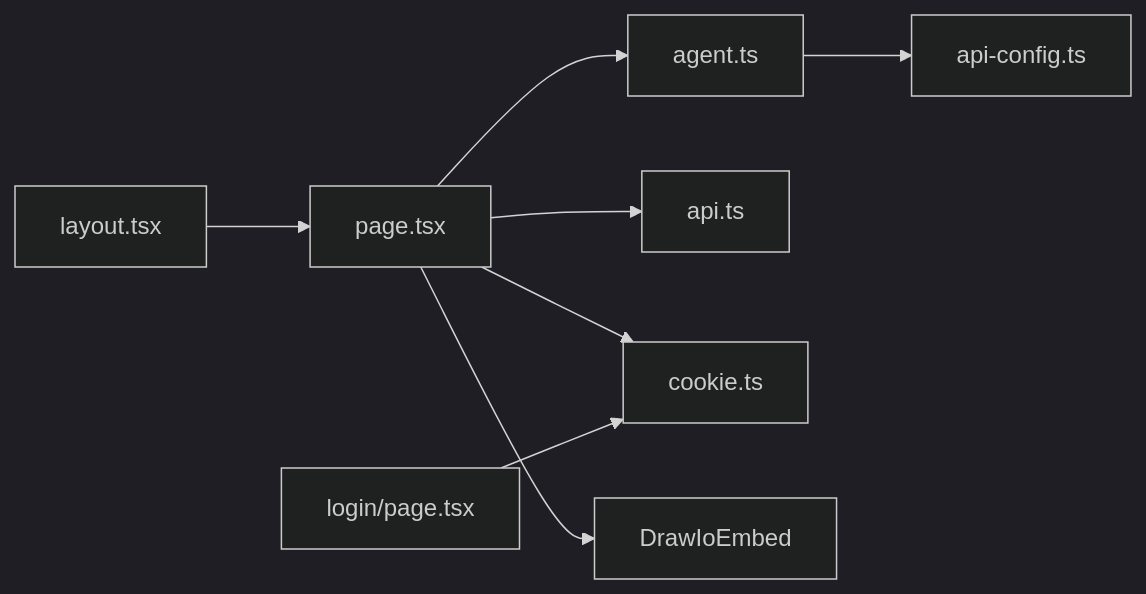
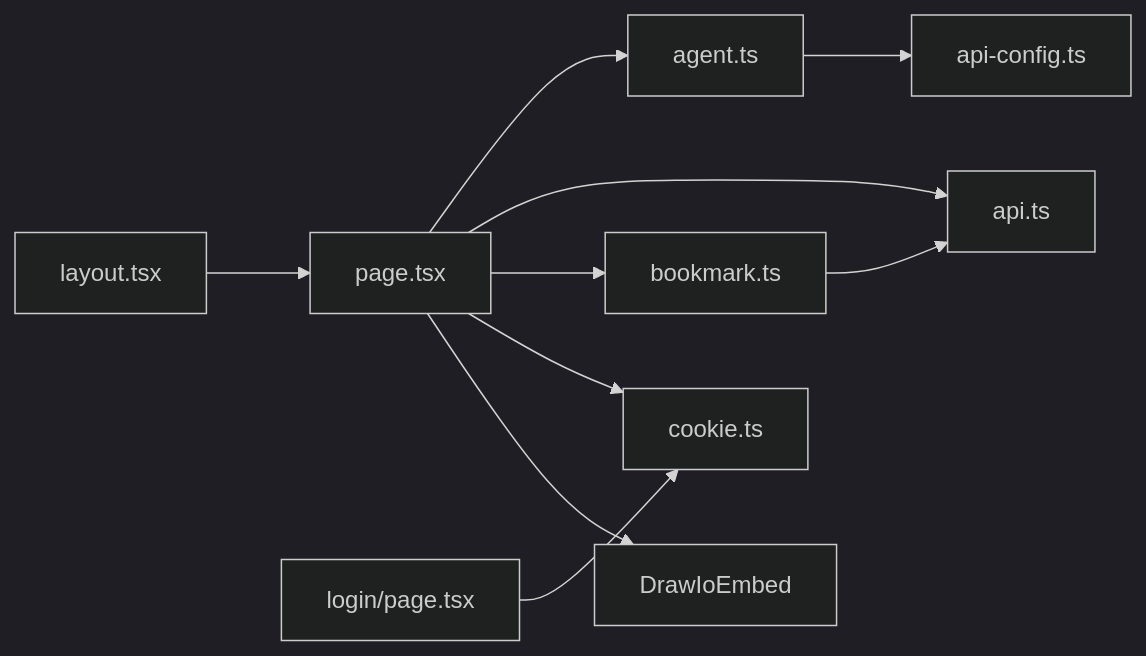
One commit to shrekboss/agent-draw-io-front changed the fifth of 5 diagrams in .qoder/repowiki/en/content/Chat Interface.md. Above: the diagram before and after it, drawn with Mermaid (dark theme). The commit also changed other lines of this file and 13 other files, not shown here.

Commit message:
feat(agent-draw-io-front): 优化交互式画图

````diff
--- a/.qoder/repowiki/en/content/Chat Interface.md
+++ b/.qoder/repowiki/en/content/Chat Interface.md
@@ -369,10 +458,12 @@
 ```mermaid
 graph LR
 Page["page.tsx"] --> AgentAPI["agent.ts"]
 Page --> Types["api.ts"]
+Page --> BookmarkUtils["bookmark.ts"]
 AgentAPI --> Config["api-config.ts"]
 Page --> Cookie["cookie.ts"]
 Page --> DrawIo["DrawIoEmbed"]
 Login["login/page.tsx"] --> Cookie
 Layout["layout.tsx"] --> Page
+BookmarkUtils --> Types
 ```
````
